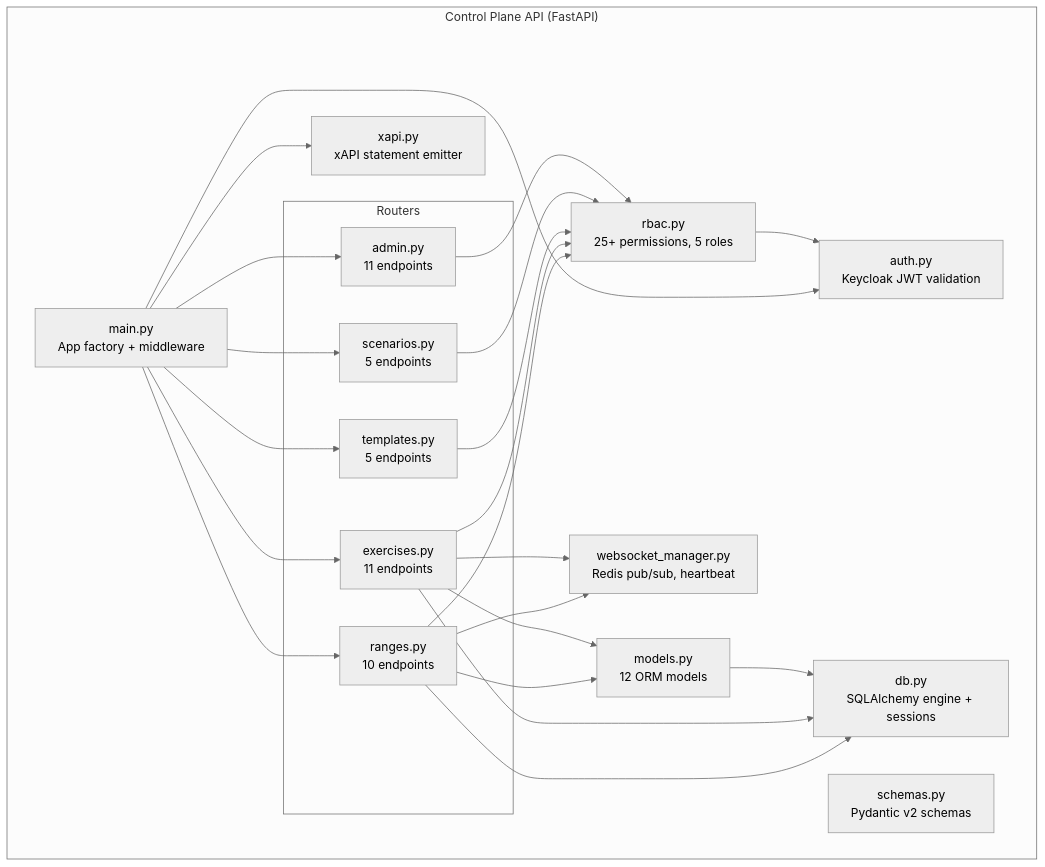
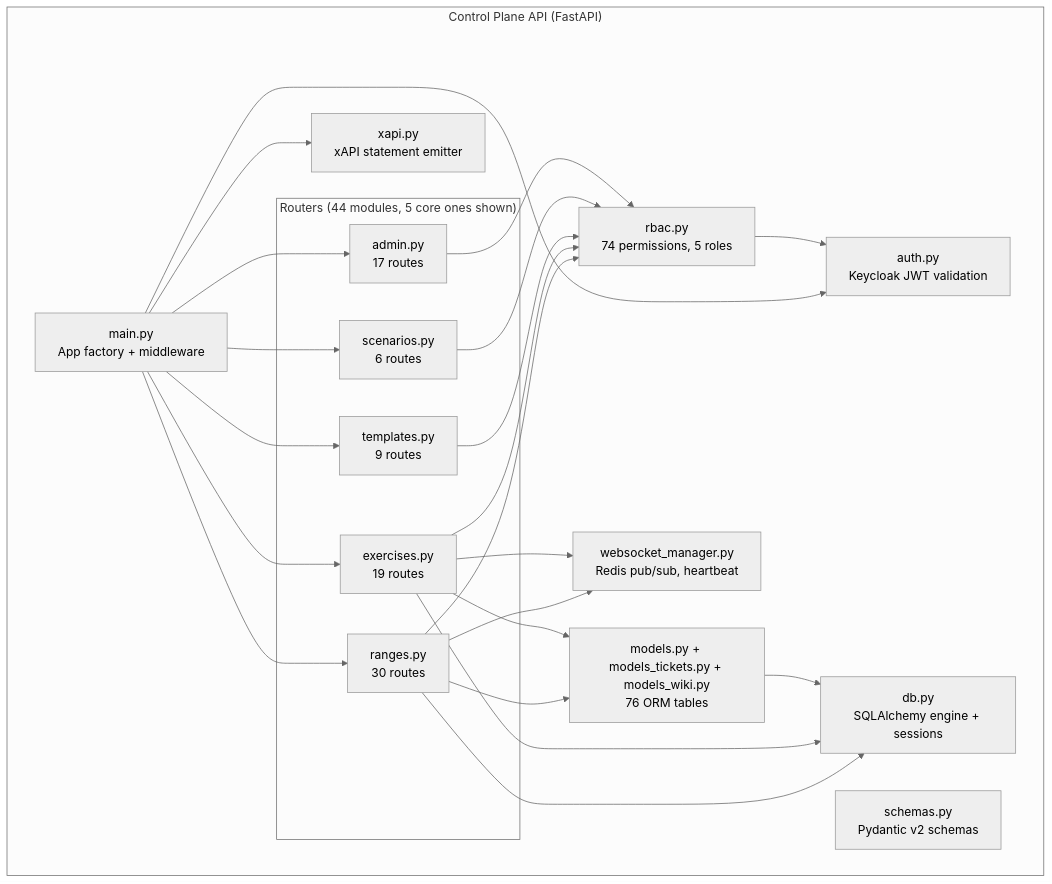
One commit to mblanke/TrueNorth changed the third of 15 diagrams in docs/architecture.md. Above: the diagram before and after it, drawn with Mermaid (neutral theme). The commit also changed other lines of this file, not shown here.

Commit message:
uncommitted at end of run w-dc-architecture-r1 (collected by tn-run.sh)

````diff
--- a/docs/architecture.md
+++ b/docs/architecture.md
@@ -118,42 +116,42 @@
 ```mermaid
 graph TB
     subgraph "Control Plane API (FastAPI)"
         MAIN["main.py<br/>App factory + middleware"]
         AUTH["auth.py<br/>Keycloak JWT validation"]
-        RBAC["rbac.py<br/>25+ permissions, 5 roles"]
+        RBAC["rbac.py<br/>74 permissions, 5 roles"]
         DB["db.py<br/>SQLAlchemy engine + sessions"]
-        MODELS["models.py<br/>12 ORM models"]
+        MODELS["models.py + models_tickets.py + models_wiki.py<br/>76 ORM tables"]
         SCHEMAS["schemas.py<br/>Pydantic v2 schemas"]
         WSM["websocket_manager.py<br/>Redis pub/sub, heartbeat"]
         XAPI["xapi.py<br/>xAPI statement emitter"]
 
-        subgraph "Routers"
-            R_RANGES["ranges.py<br/>10 endpoints"]
-            R_EXERCISES["exercises.py<br/>11 endpoints"]
-            R_TEMPLATES["templates.py<br/>5 endpoints"]
-            R_SCENARIOS["scenarios.py<br/>5 endpoints"]
-            R_ADMIN["admin.py<br/>11 endpoints"]
+        subgraph "Routers (44 modules, 5 core ones shown)"
+            R_RANGES["ranges.py<br/>30 routes"]
+            R_EXERCISES["exercises.py<br/>19 routes"]
+            R_TEMPLATES["templates.py<br/>9 routes"]
+            R_SCENARIOS["scenarios.py<br/>6 routes"]
+            R_ADMIN["admin.py<br/>17 routes"]
         end
     end
 
     MAIN --> AUTH
     MAIN --> R_RANGES
     MAIN --> R_EXERCISES
     MAIN --> R_TEMPLATES
     MAIN --> R_SCENARIOS
     MAIN --> R_ADMIN
     R_RANGES --> RBAC
     R_EXERCISES --> RBAC
     R_TEMPLATES --> RBAC
     R_SCENARIOS --> RBAC
     R_ADMIN --> RBAC
     RBAC --> AUTH
     R_RANGES --> DB
     R_EXERCISES --> DB
     R_RANGES --> MODELS
     R_EXERCISES --> MODELS
     MODELS --> DB
     R_RANGES --> WSM
     R_EXERCISES --> WSM
     MAIN --> XAPI
 ```
````
